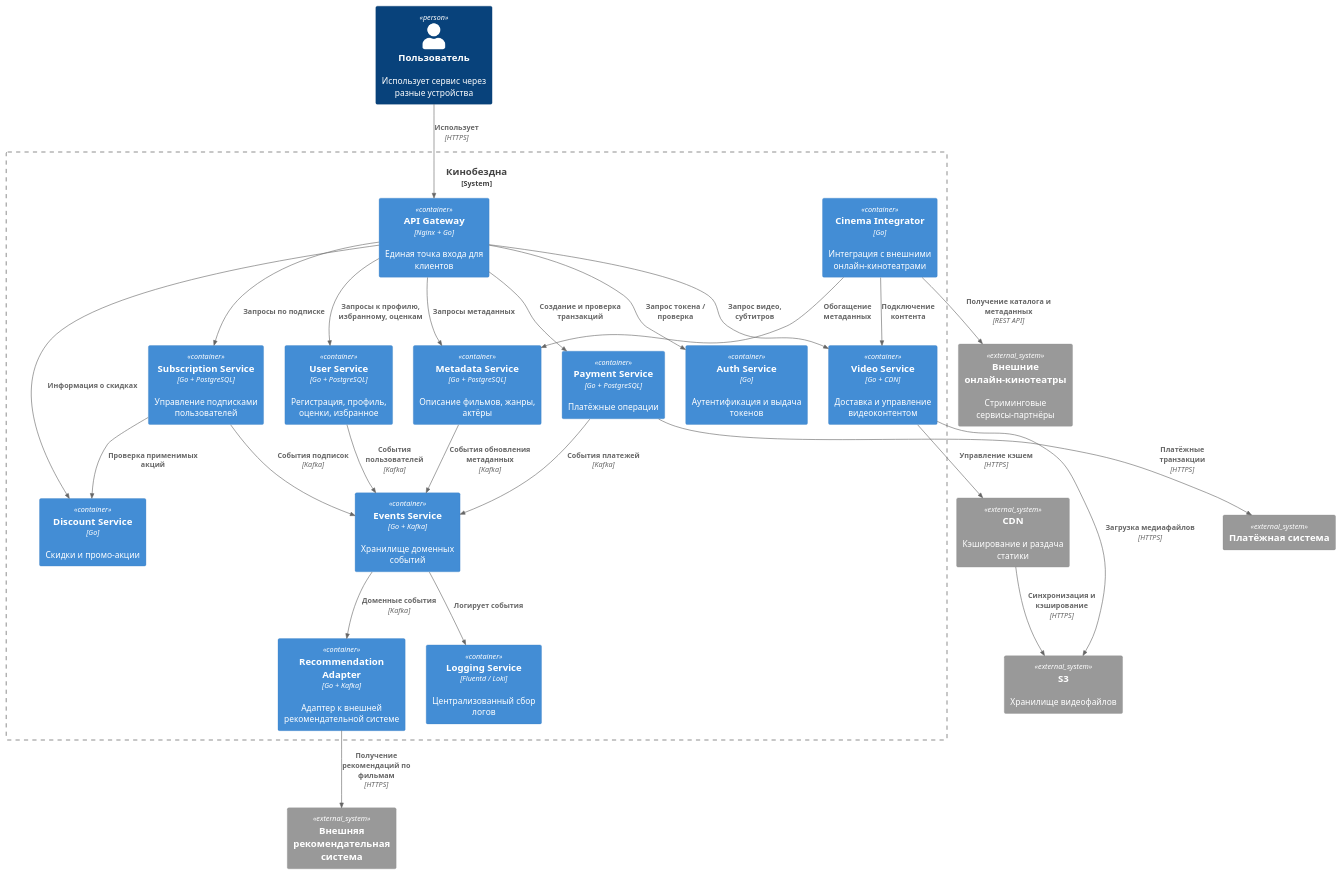
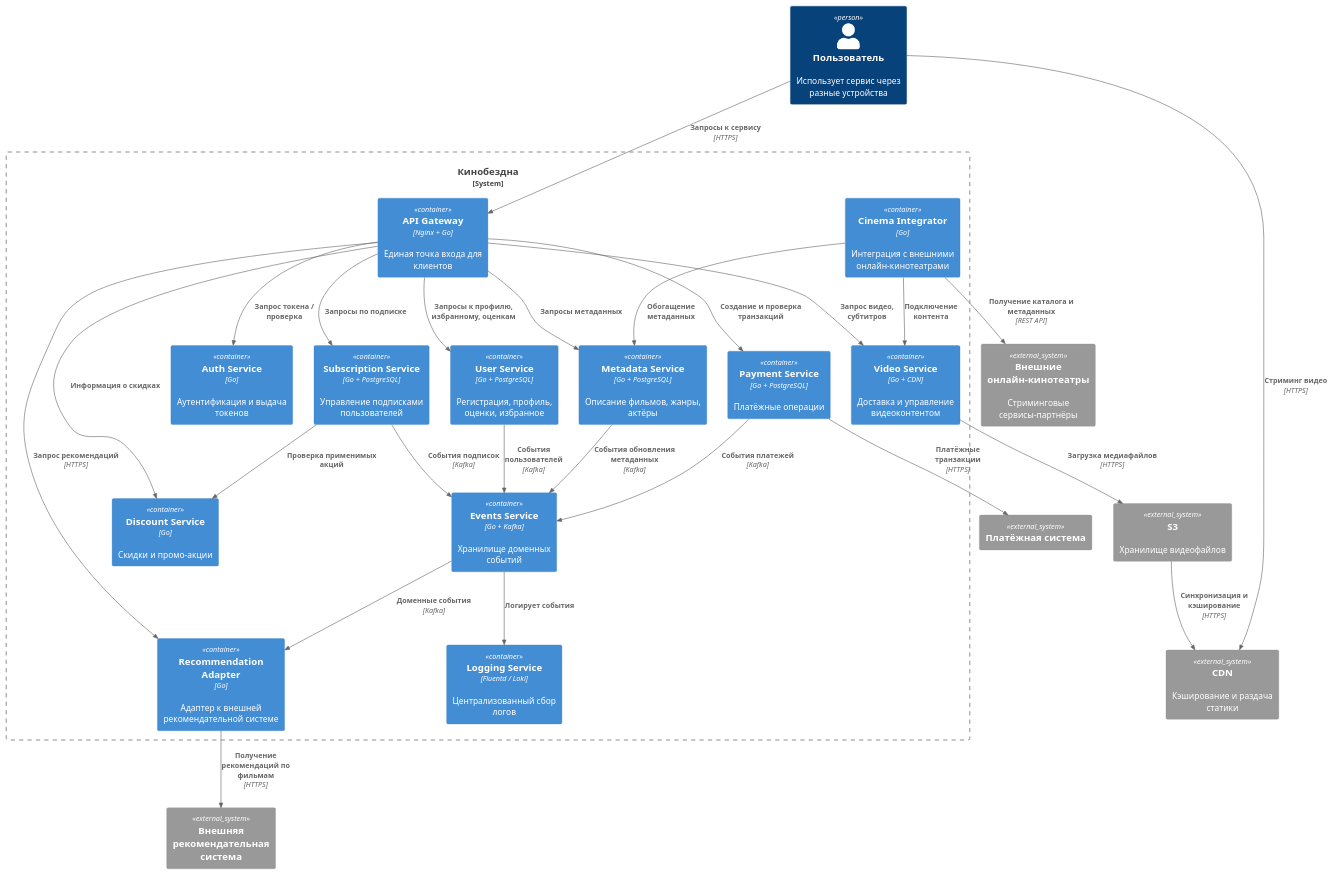
Before and after one commit to asuran/architecture-cinemaabyss: the diagram in docs/diagrams/containers.puml, drawn with PlantUML.

Commit message:
Update containers diagram

```diff
--- a/docs/diagrams/containers.puml
+++ b/docs/diagrams/containers.puml
@@ -1,58 +1,59 @@
 @startuml
 !include <C4/C4_Container>
 
 Person(user, "Пользователь", "Использует сервис через разные устройства")
 
 System_Boundary(c1, "Кинобездна") {
   Container(api, "API Gateway", "Nginx + Go", "Единая точка входа для клиентов")
   Container(auth, "Auth Service", "Go", "Аутентификация и выдача токенов")
   Container(userSvc, "User Service", "Go + PostgreSQL", "Регистрация, профиль, оценки, избранное")
   Container(metadataSvc, "Metadata Service", "Go + PostgreSQL", "Описание фильмов, жанры, актёры")
   Container(videoSvc, "Video Service", "Go + CDN", "Доставка и управление видеоконтентом")
   Container(subscriptionSvc, "Subscription Service", "Go + PostgreSQL", "Управление подписками пользователей")
   Container(discountSvc, "Discount Service", "Go", "Скидки и промо-акции")
   Container(paymentSvc, "Payment Service", "Go + PostgreSQL", "Платёжные операции")
   Container(eventsSvc, "Events Service", "Go + Kafka", "Хранилище доменных событий")
-  Container(recommendationAdapter, "Recommendation Adapter", "Go + Kafka", "Адаптер к внешней рекомендательной системе")
+  Container(recommendationAdapter, "Recommendation Adapter", "Go", "Адаптер к внешней рекомендательной системе")
   Container(integrator, "Cinema Integrator", "Go", "Интеграция с внешними онлайн-кинотеатрами")
   Container(logging, "Logging Service", "Fluentd / Loki", "Централизованный сбор логов")
 }
 
 System_Ext(recommendation, "Внешняя рекомендательная система")
 System_Ext(paymentSystem, "Платёжная система")
 System_Ext(cdn, "CDN", "Кэширование и раздача статики")
 System_Ext(s3, "S3", "Хранилище видеофайлов")
 System_Ext(externalStreaming, "Внешние онлайн-кинотеатры", "Стриминговые сервисы-партнёры")
 
-Rel(user, api, "Использует", "HTTPS")
+Rel(user, api, "Запросы к сервису", "HTTPS")
 Rel(api, auth, "Запрос токена / проверка")
 Rel(api, userSvc, "Запросы к профилю, избранному, оценкам")
 Rel(api, metadataSvc, "Запросы метаданных")
 Rel(api, videoSvc, "Запрос видео, субтитров")
 Rel(api, subscriptionSvc, "Запросы по подписке")
 Rel(api, discountSvc, "Информация о скидках")
 Rel(api, paymentSvc, "Создание и проверка транзакций")
 
 Rel(subscriptionSvc, discountSvc, "Проверка применимых акций")
 Rel(paymentSvc, paymentSystem, "Платёжные транзакции", "HTTPS")
 
 Rel(metadataSvc, eventsSvc, "События обновления метаданных", "Kafka")
 Rel(userSvc, eventsSvc, "События пользователей", "Kafka")
 Rel(paymentSvc, eventsSvc, "События платежей", "Kafka")
 Rel(subscriptionSvc, eventsSvc, "События подписок", "Kafka")
 
 Rel(eventsSvc, recommendationAdapter, "Доменные события", "Kafka")
 Rel(recommendationAdapter, recommendation, "Получение рекомендаций по фильмам", "HTTPS")
 
 Rel(videoSvc, s3, "Загрузка медиафайлов", "HTTPS")
-Rel(cdn, s3, "Синхронизация и кэширование", "HTTPS")
-Rel(videoSvc, cdn, "Управление кэшем", "HTTPS")
+Rel(s3, cdn, "Синхронизация и кэширование", "HTTPS")
 
 Rel(eventsSvc, logging, "Логирует события")
 
 Rel(integrator, metadataSvc, "Обогащение метаданных")
 Rel(integrator, videoSvc, "Подключение контента")
 
 Rel(integrator, externalStreaming, "Получение каталога и метаданных", "REST API")
 
+Rel(user, cdn, "Стриминг видео", "HTTPS")
+Rel(api, recommendationAdapter, "Запрос рекомендаций", "HTTPS")
 @enduml
```
